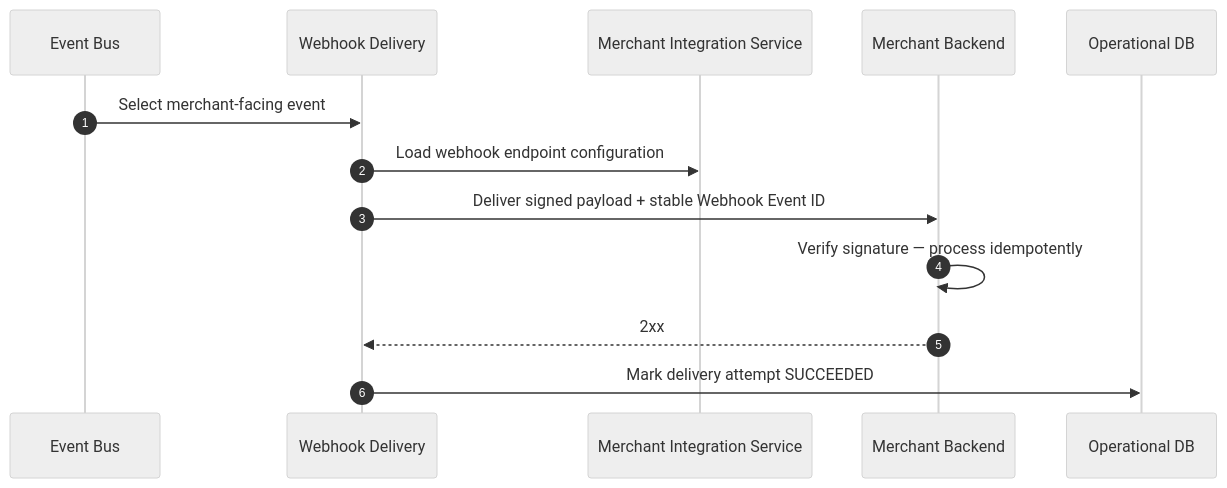
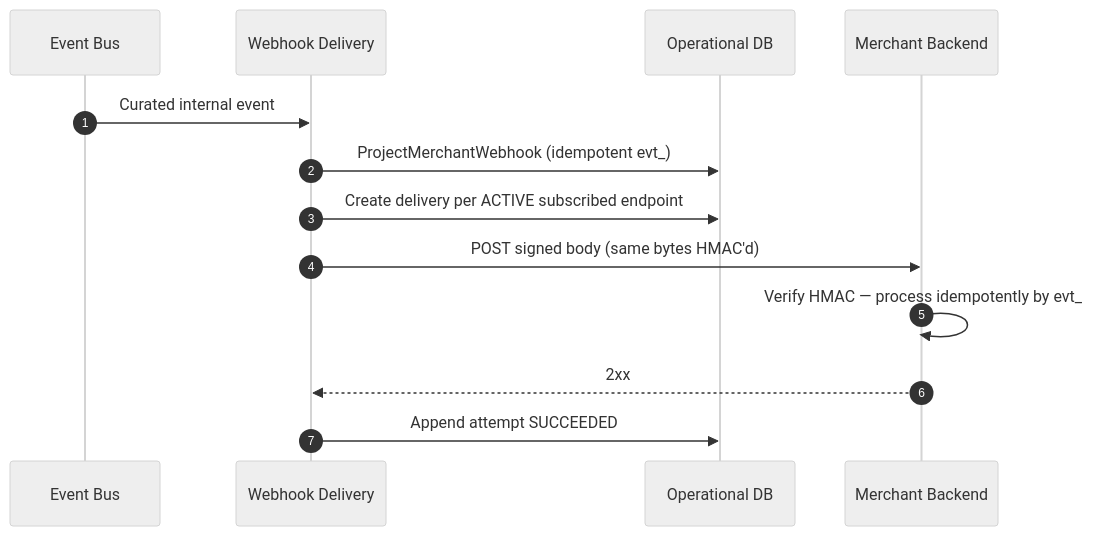
The diagram in docs/design/integrations/merchant-webhook-delivery.md (MR0808/sparelane-architecture), drawn with Mermaid (neutral theme) before and after one commit. The commit also changed other lines of this file and 47 other files, not shown here.

Commit message:
Accept ADR-030 merchant webhook contract and delivery policy

````diff
--- a/docs/design/integrations/merchant-webhook-delivery.md
+++ b/docs/design/integrations/merchant-webhook-delivery.md
@@ -35,16 +37,16 @@
 ```mermaid
 sequenceDiagram
     autonumber
     participant Bus as Event Bus
     participant WHD as Webhook Delivery
-    participant Int as Merchant Integration Service
+    participant ODB as Operational DB
     participant MBE as Merchant Backend
-    participant ODB as Operational DB
 
-    Bus->>WHD: Select merchant-facing event
-    WHD->>Int: Load webhook endpoint configuration
-    WHD->>MBE: Deliver signed payload + stable Webhook Event ID
-    MBE->>MBE: Verify signature — process idempotently
+    Bus->>WHD: Curated internal event
+    WHD->>ODB: ProjectMerchantWebhook (idempotent evt_)
+    WHD->>ODB: Create delivery per ACTIVE subscribed endpoint
+    WHD->>MBE: POST signed body (same bytes HMAC'd)
+    MBE->>MBE: Verify HMAC — process idempotently by evt_
     MBE-->>WHD: 2xx
-    WHD->>ODB: Mark delivery attempt SUCCEEDED
+    WHD->>ODB: Append attempt SUCCEEDED
 ```
````
